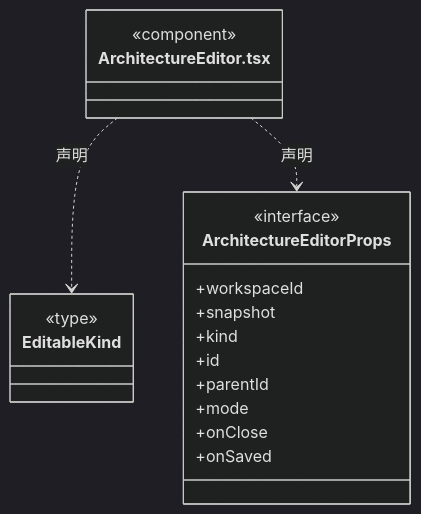
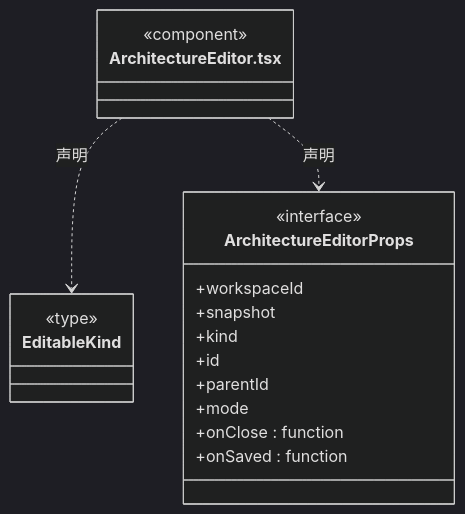
Before and after one commit to nan023062/cbim: the third of 16 diagrams in src/view/knowledge/ARCHITECTURE.md, drawn with Mermaid (dark theme). The commit also changed other lines of this file and 137 other files, not shown here.

Commit message:
fix: align architecture generator with documentation standards

````diff
--- a/src/view/knowledge/ARCHITECTURE.md
+++ b/src/view/knowledge/ARCHITECTURE.md
@@ -148,23 +152,23 @@
 ```mermaid
 classDiagram
 class N_src_view_knowledge_ArchitectureEditor_tsx["ArchitectureEditor.tsx"] {
   <<component>>
 }
 class N_src_view_knowledge_ArchitectureEditor_tsx_EditableKind["EditableKind"] {
   <<type>>
 
 }
 N_src_view_knowledge_ArchitectureEditor_tsx ..> N_src_view_knowledge_ArchitectureEditor_tsx_EditableKind : 声明
 class N_src_view_knowledge_ArchitectureEditor_tsx_ArchitectureEditorProps["ArchitectureEditorProps"] {
   <<interface>>
   +workspaceId
   +snapshot
   +kind
   +id
   +parentId
   +mode
-  +onClose
-  +onSaved
+  +onClose : function
+  +onSaved : function
 }
 N_src_view_knowledge_ArchitectureEditor_tsx ..> N_src_view_knowledge_ArchitectureEditor_tsx_ArchitectureEditorProps : 声明
 ```
````
